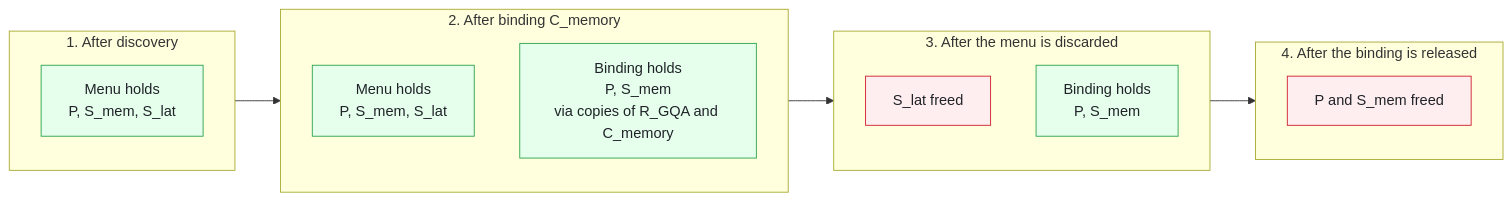
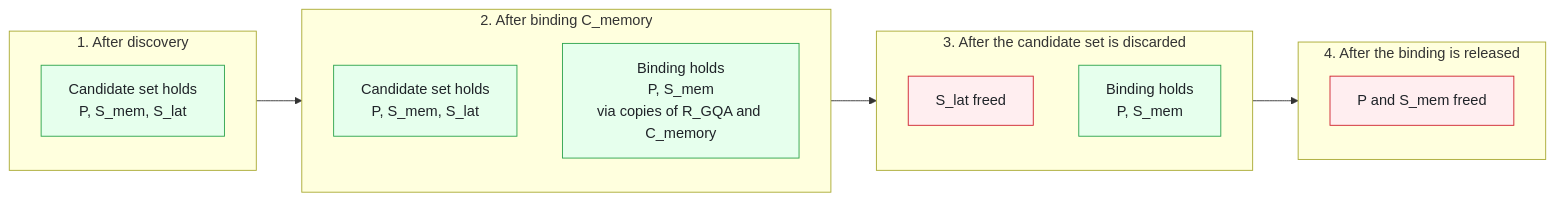
Before and after one commit to microsoft/onnxruntime: the sixth of 7 diagrams in docs/annotated_partitioning/capability_planning_interfaces.md, drawn with Mermaid. The commit also changed other lines of this file, not shown here.

````diff
--- a/docs/annotated_partitioning/capability_planning_interfaces.md
+++ b/docs/annotated_partitioning/capability_planning_interfaces.md
@@ -454,26 +630,26 @@
 ```mermaid
 flowchart LR
   subgraph S1["1. After discovery"]
     direction TB
-    M1["Menu holds<br/>P, S_mem, S_lat"]
+    M1["Candidate set holds<br/>P, S_mem, S_lat"]
   end
   subgraph S2["2. After binding C_memory"]
     direction TB
-    M2["Menu holds<br/>P, S_mem, S_lat"]
+    M2["Candidate set holds<br/>P, S_mem, S_lat"]
     B2["Binding holds<br/>P, S_mem<br/>via copies of R_GQA and C_memory"]
   end
-  subgraph S3["3. After the menu is discarded"]
+  subgraph S3["3. After the candidate set is discarded"]
     direction TB
     F3["S_lat freed"]
     B3["Binding holds<br/>P, S_mem"]
   end
   subgraph S4["4. After the binding is released"]
     direction TB
     F4["P and S_mem freed"]
   end
   S1 --> S2 --> S3 --> S4
   classDef alive fill:#e6ffed,stroke:#2da44e,color:#1f2328
   classDef freed fill:#ffeef0,stroke:#cf222e,color:#1f2328
   class M1,M2,B2,B3 alive
   class F3,F4 freed
 ```
````
